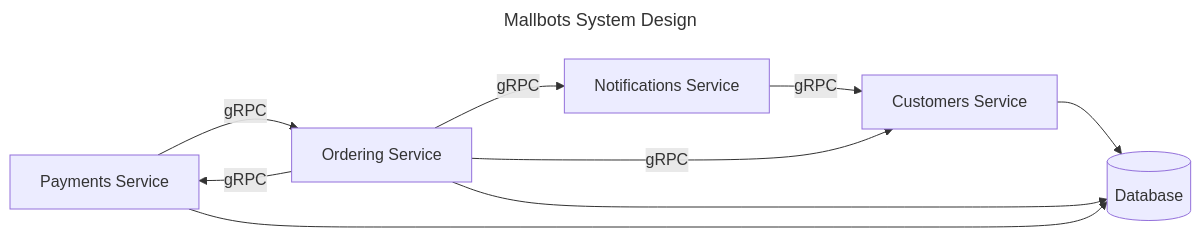
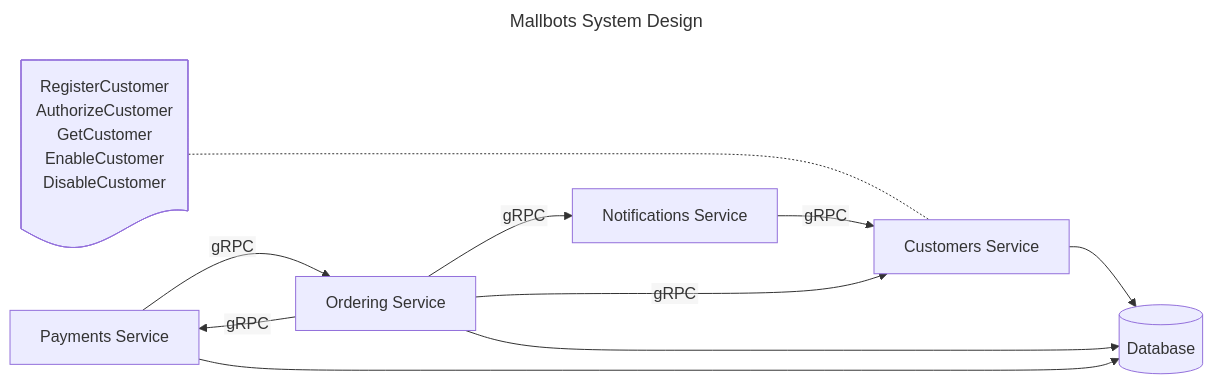
Before and after one commit to cuongpiger/mallbots: the diagram in README.md, drawn with Mermaid.

Commit message:
docs: system designs

````diff
--- a/README.md
+++ b/README.md
@@ -20,20 +20,34 @@
 ```mermaid
 ---
 title: Mallbots System Design
+
+config:
+  flowchart:
+    htmlLabels: false
 ---
 flowchart LR
   customers[Customers Service]
   notifications[Notifications Service]
   payments[Payments Service]
   ordering[Ordering Service]
   database[(Database)]
+
+  customers_doc["`
+  RegisterCustomer
+  AuthorizeCustomer
+  GetCustomer
+  EnableCustomer
+  DisableCustomer
+    `"]@{ shape: doc }
+
+  customers_doc -...- customers
 
   notifications -->|gRPC| customers
   customers --> database
   ordering -->|gRPC| notifications
   ordering -->|gRPC| customers
   ordering -->|gRPC| payments
   ordering --> database
   payments -->|gRPC| ordering
   payments --> database
 ```
````
